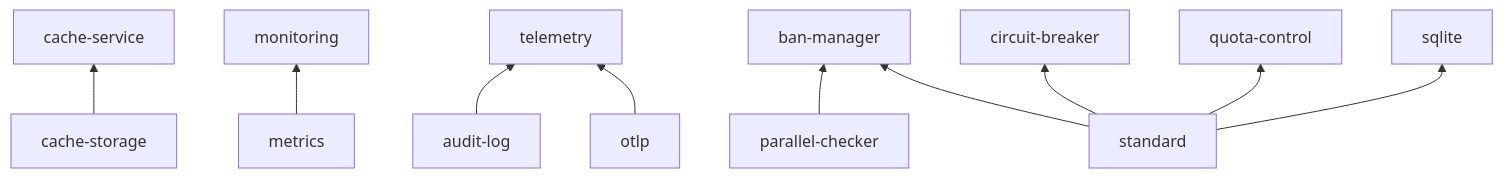
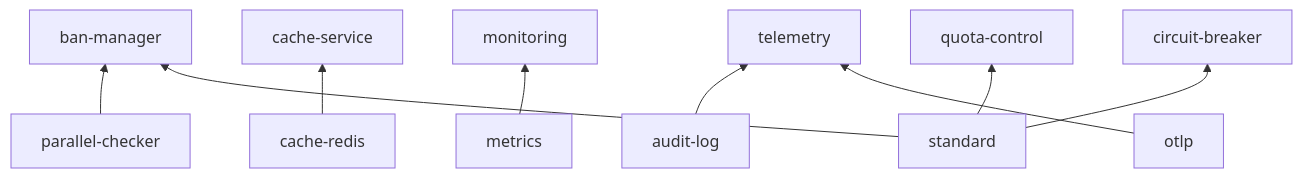
One commit to Kirky-X/limiteron changed the third of 3 diagrams in docs/ARCHITECTURE.md. Above: the diagram before and after it, drawn with Mermaid. The commit also changed other lines of this file and 23 other files, not shown here.

````diff
--- a/docs/ARCHITECTURE.md
+++ b/docs/ARCHITECTURE.md
@@ -144,12 +144,11 @@
 ```mermaid
 flowchart BT
     PC["parallel-checker"] --> BM["ban-manager"]
-    CS["cache-storage"] --> CSV["cache-service"]
+    CR["cache-redis"] --> CSV["cache-service"]
     MET["metrics"] --> MON["monitoring"]
     AL["audit-log"] --> TEL["telemetry"]
     OTLP["otlp"] --> TEL
-    STD["standard"] --> SQL["sqlite"]
-    STD --> BM
+    STD["standard"] --> BM
     STD --> QC["quota-control"]
     STD --> CBR["circuit-breaker"]
 ```
````
